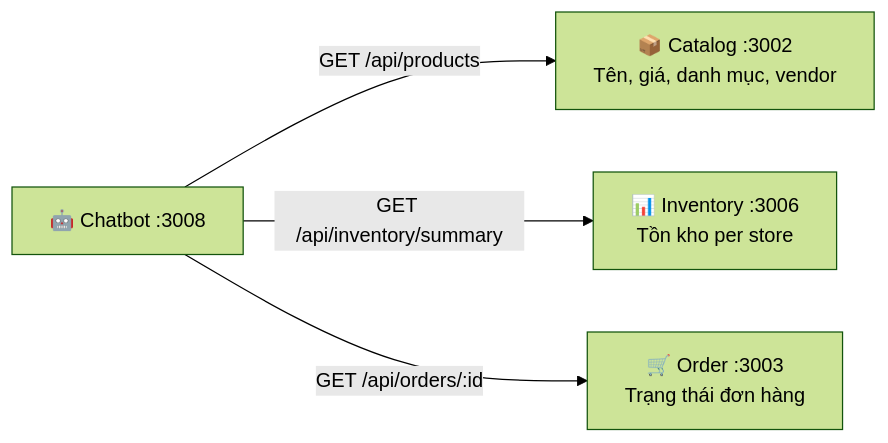
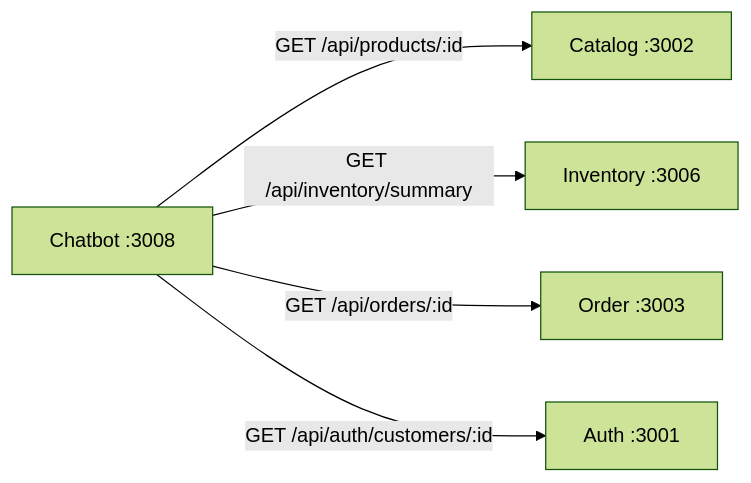
Before and after one commit to PhatNguyenTT2/microservices: the third of 9 diagrams in docs/chatbot/bao-cao-chatbot-rag.md, drawn with Mermaid (forest theme). The commit also changed other lines of this file, not shown here.

````diff
--- a/docs/chatbot/bao-cao-chatbot-rag.md
+++ b/docs/chatbot/bao-cao-chatbot-rag.md
@@ -262,8 +151,9 @@
 ```mermaid
 graph LR
-    CB["🤖 Chatbot :3008"]
+    CB["Chatbot :3008"]
 
-    CB -->|"GET /api/products"| CAT["📦 Catalog :3002<br/>Tên, giá, danh mục, vendor"]
-    CB -->|"GET /api/inventory/summary"| INV["📊 Inventory :3006<br/>Tồn kho per store"]
-    CB -->|"GET /api/orders/:id"| ORD["🛒 Order :3003<br/>Trạng thái đơn hàng"]
+    CB -->|"GET /api/products/:id"| CAT["Catalog :3002"]
+    CB -->|"GET /api/inventory/summary"| INV["Inventory :3006"]
+    CB -->|"GET /api/orders/:id"| ORD["Order :3003"]
+    CB -->|"GET /api/auth/customers/:id"| AUTH["Auth :3001"]
 ```
````
